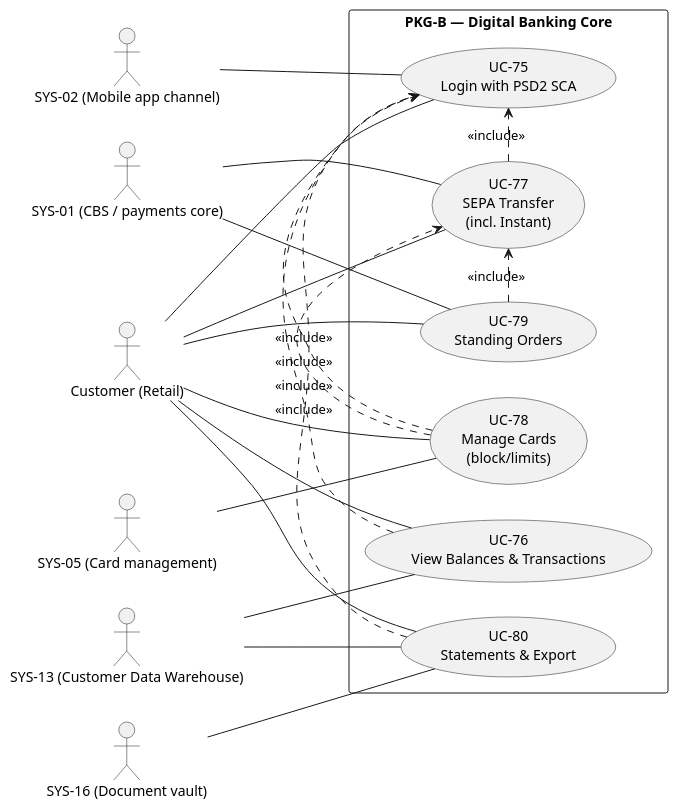
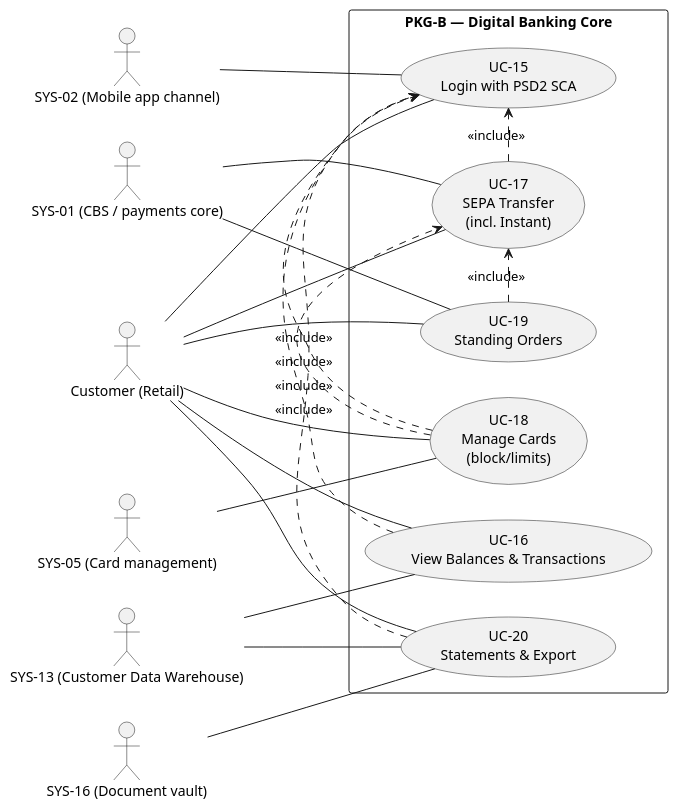
One commit to pauloribeiro16/Methodology_compact changed the third of 8 diagrams in 02_CASES/Case_03_OmniBank_Financial/03_PHASE3_DECOMPOSITION/annexes/A_Use_Case_Diagrams.md. Above: the diagram before and after it, drawn with PlantUML. The commit also changed other lines of this file and 23 other files, not shown here.

````diff
--- a/02_CASES/Case_03_OmniBank_Financial/03_PHASE3_DECOMPOSITION/annexes/A_Use_Case_Diagrams.md
+++ b/02_CASES/Case_03_OmniBank_Financial/03_PHASE3_DECOMPOSITION/annexes/A_Use_Case_Diagrams.md
@@ -131,38 +131,38 @@
 ```plantuml
 @startuml
 left to right direction
 actor "Customer (Retail)" as CUST
 actor "SYS-02 (Mobile app channel)" as SYS02
 actor "SYS-01 (CBS / payments core)" as SYS01
 actor "SYS-05 (Card management)" as SYS05
 actor "SYS-13 (Customer Data Warehouse)" as SYS13
 actor "SYS-16 (Document vault)" as SYS16
 rectangle "PKG-B — Digital Banking Core" {
-usecase "UC-75\nLogin with PSD2 SCA" as UC75
-usecase "UC-76\nView Balances & Transactions" as UC76
-usecase "UC-77\nSEPA Transfer\n(incl. Instant)" as UC77
-usecase "UC-78\nManage Cards\n(block/limits)" as UC78
-usecase "UC-79\nStanding Orders" as UC79
-usecase "UC-80\nStatements & Export" as UC80
+usecase "UC-15\nLogin with PSD2 SCA" as UC75
+usecase "UC-16\nView Balances & Transactions" as UC76
+usecase "UC-17\nSEPA Transfer\n(incl. Instant)" as UC77
+usecase "UC-18\nManage Cards\n(block/limits)" as UC78
+usecase "UC-19\nStanding Orders" as UC79
+usecase "UC-20\nStatements & Export" as UC80
 }
 CUST -- UC75
 CUST -- UC76
 CUST -- UC77
 CUST -- UC78
 CUST -- UC79
 CUST -- UC80
 SYS02 -- UC75
 SYS01 -- UC77
 SYS01 -- UC79
 SYS05 -- UC78
 SYS13 -- UC76
 SYS13 -- UC80
 SYS16 -- UC80
 UC76 .> UC75 : <<include>>
 UC77 .> UC75 : <<include>>
 UC78 .> UC75 : <<include>>
 UC78 .> UC77 : <<include>>
 UC79 .> UC77 : <<include>>
 UC80 .> UC75 : <<include>>
 @enduml
 ```
````
